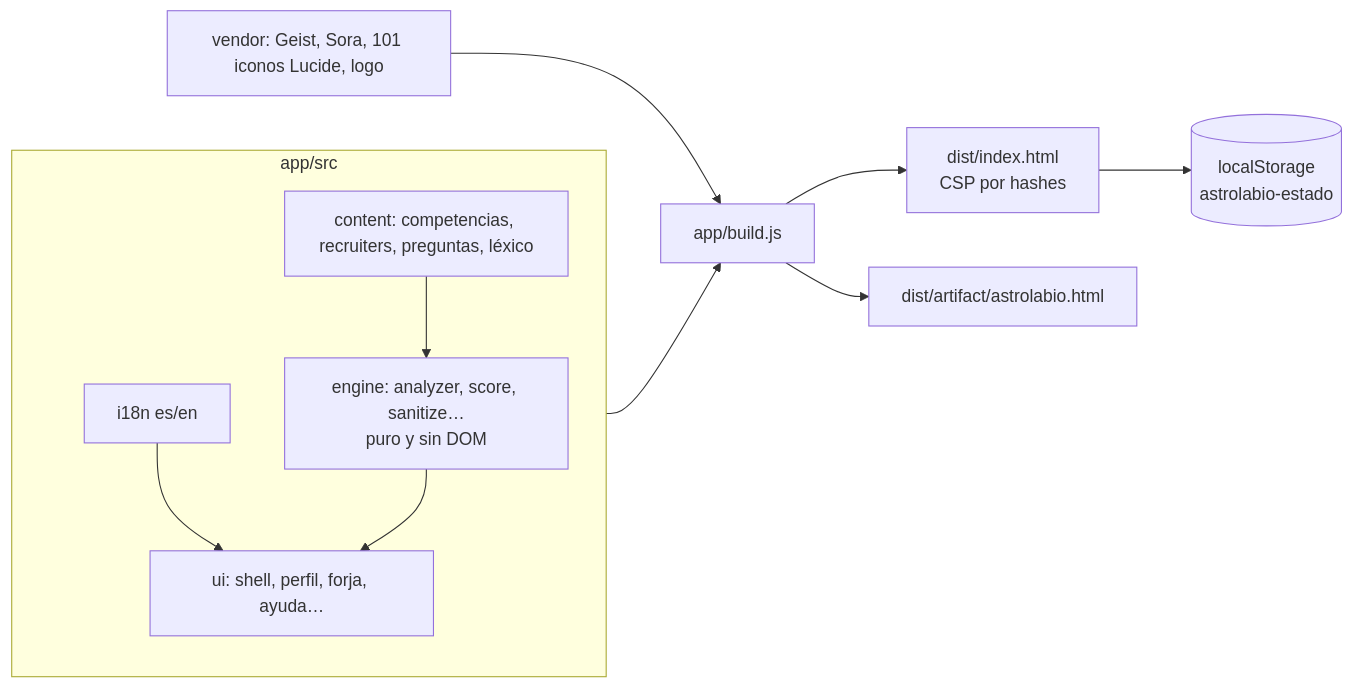
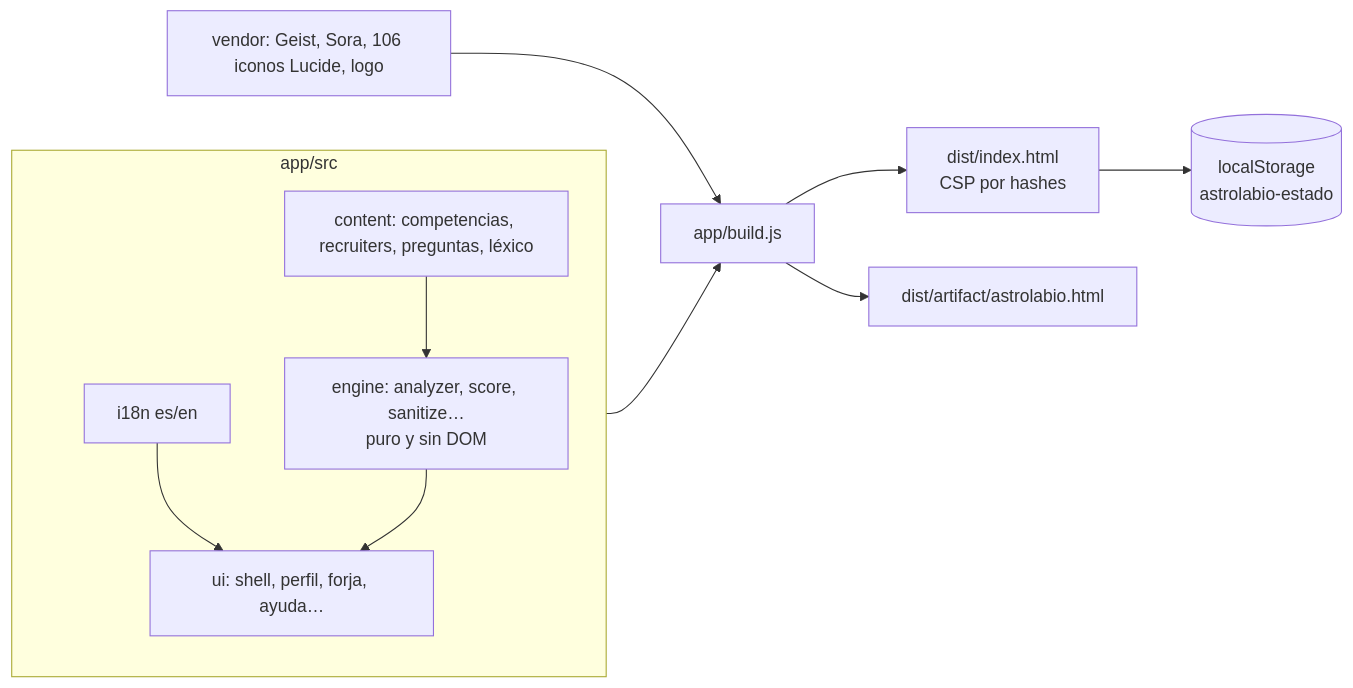
The fourth of 4 diagrams in README.md (heindall92/astrolabio), drawn with Mermaid before and after one commit. The commit also changed other lines of this file and 23 other files, not shown here.

````diff
--- a/README.md
+++ b/README.md
@@ -151,13 +151,13 @@
 ```mermaid
 flowchart LR
   subgraph src[app/src]
     I18N[i18n es/en] --> UI
     CONT[content: competencias, recruiters, preguntas, léxico] --> ENG
     ENG[engine: analyzer, score, sanitize…<br/>puro y sin DOM] --> UI[ui: shell, perfil, forja, ayuda…]
   end
-  V[vendor: Geist, Sora, 101 iconos Lucide, logo] --> B
+  V[vendor: Geist, Sora, 106 iconos Lucide, logo] --> B
   src --> B[app/build.js]
   B --> D[dist/index.html<br/>CSP por hashes]
   B --> A[dist/artifact/astrolabio.html]
   D --> LS[(localStorage<br/>astrolabio-estado)]
 ```
````
